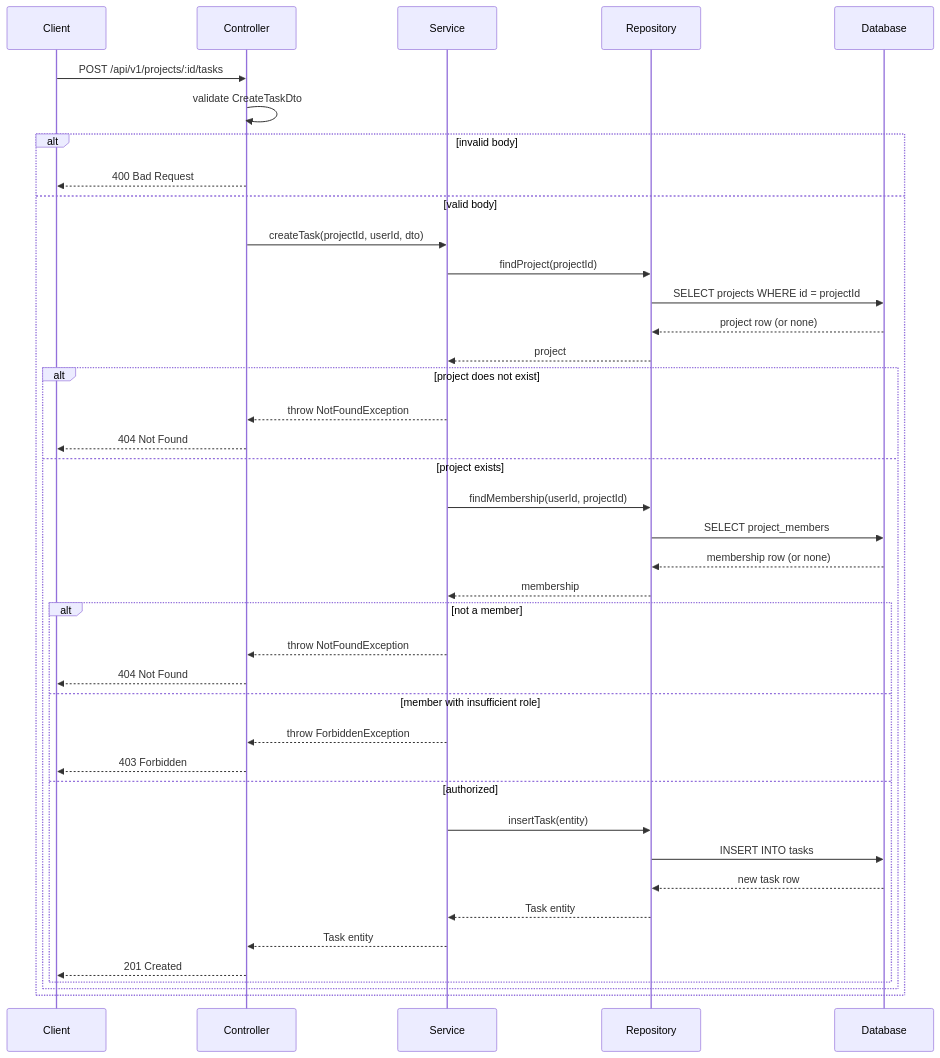
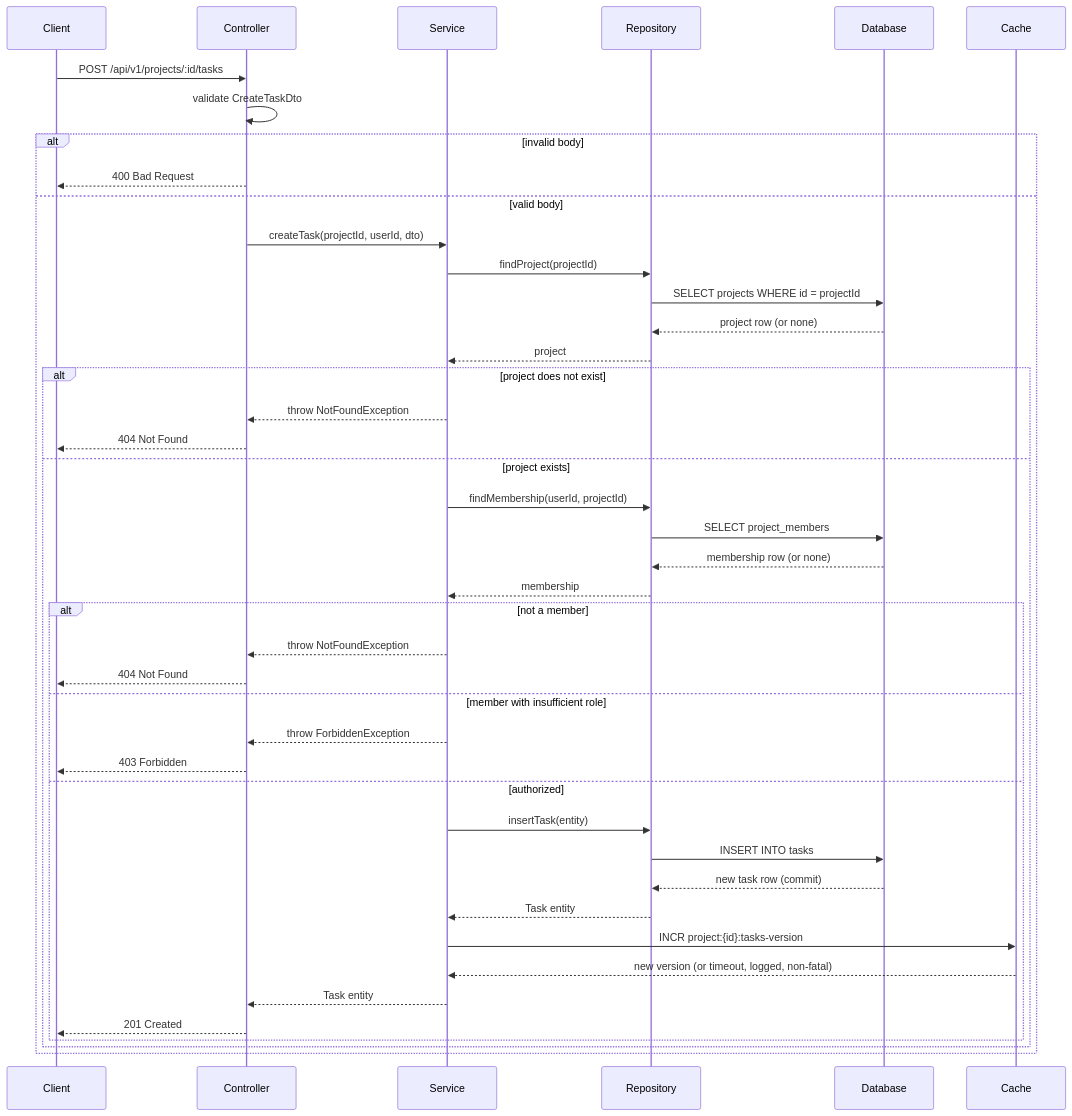
One commit to kinza711/week-7 changed the second of 2 diagrams in DESIGN.md. Above: the diagram before and after it, drawn with Mermaid. The commit also changed other lines of this file, not shown here.

````diff
--- a/DESIGN.md
+++ b/DESIGN.md
@@ -168,43 +172,46 @@
 ```mermaid
 sequenceDiagram
     participant Client
     participant Controller
     participant Service
     participant Repository
     participant Database
+    participant Cache
 
     Client->>Controller: POST /api/v1/projects/:id/tasks
     Controller->>Controller: validate CreateTaskDto
     alt invalid body
         Controller-->>Client: 400 Bad Request
     else valid body
         Controller->>Service: createTask(projectId, userId, dto)
         Service->>Repository: findProject(projectId)
         Repository->>Database: SELECT projects WHERE id = projectId
         Database-->>Repository: project row (or none)
         Repository-->>Service: project
         alt project does not exist
             Service-->>Controller: throw NotFoundException
             Controller-->>Client: 404 Not Found
         else project exists
             Service->>Repository: findMembership(userId, projectId)
             Repository->>Database: SELECT project_members
             Database-->>Repository: membership row (or none)
             Repository-->>Service: membership
             alt not a member
                 Service-->>Controller: throw NotFoundException
                 Controller-->>Client: 404 Not Found
             else member with insufficient role
                 Service-->>Controller: throw ForbiddenException
                 Controller-->>Client: 403 Forbidden
             else authorized
                 Service->>Repository: insertTask(entity)
                 Repository->>Database: INSERT INTO tasks
-                Database-->>Repository: new task row
+                Database-->>Repository: new task row (commit)
                 Repository-->>Service: Task entity
+                Service->>Cache: INCR project:{id}:tasks-version
+                Cache-->>Service: new version (or timeout, logged, non-fatal)
                 Service-->>Controller: Task entity
                 Controller-->>Client: 201 Created
             end
         end
     end
 ```
````
